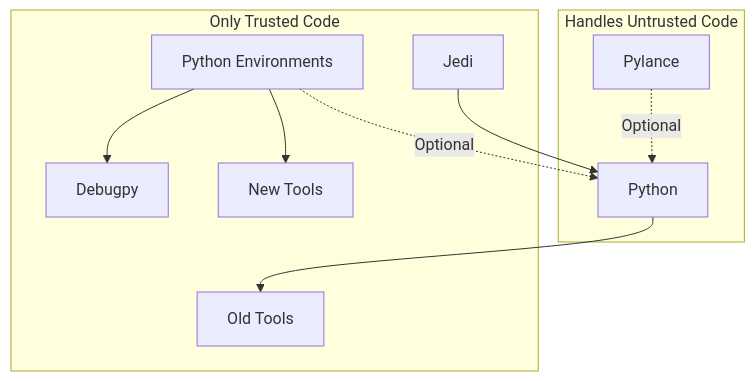
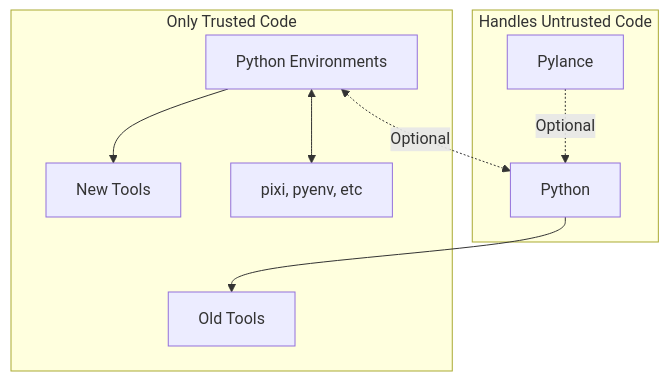
Before and after one commit to microsoft/vscode-python-environments: the second of 2 diagrams in README.md, drawn with Mermaid. The commit also changed other lines of this file, not shown here.

Commit message:
Tweak diagrams

````diff
--- a/README.md
+++ b/README.md
@@ -83,19 +87,18 @@
 ```mermaid
 graph TD
 
     subgraph Handles Untrusted Code
     B[Python]
     E[Pylance] -. Optional .-> B
     end
 
     subgraph Only Trusted Code
     F[Old Tools]
-    A[Python Environments] -. Optional .-> B
-    D[Debugpy] 
+    A[Python Environments] <-. Optional .-> B
     C[New Tools]
-    J[Jedi] --> B
     B --> F
     A --> C
-    A --> D
+    A <--> P
+    P["pixi, pyenv, etc"]
     end
 ```
````
